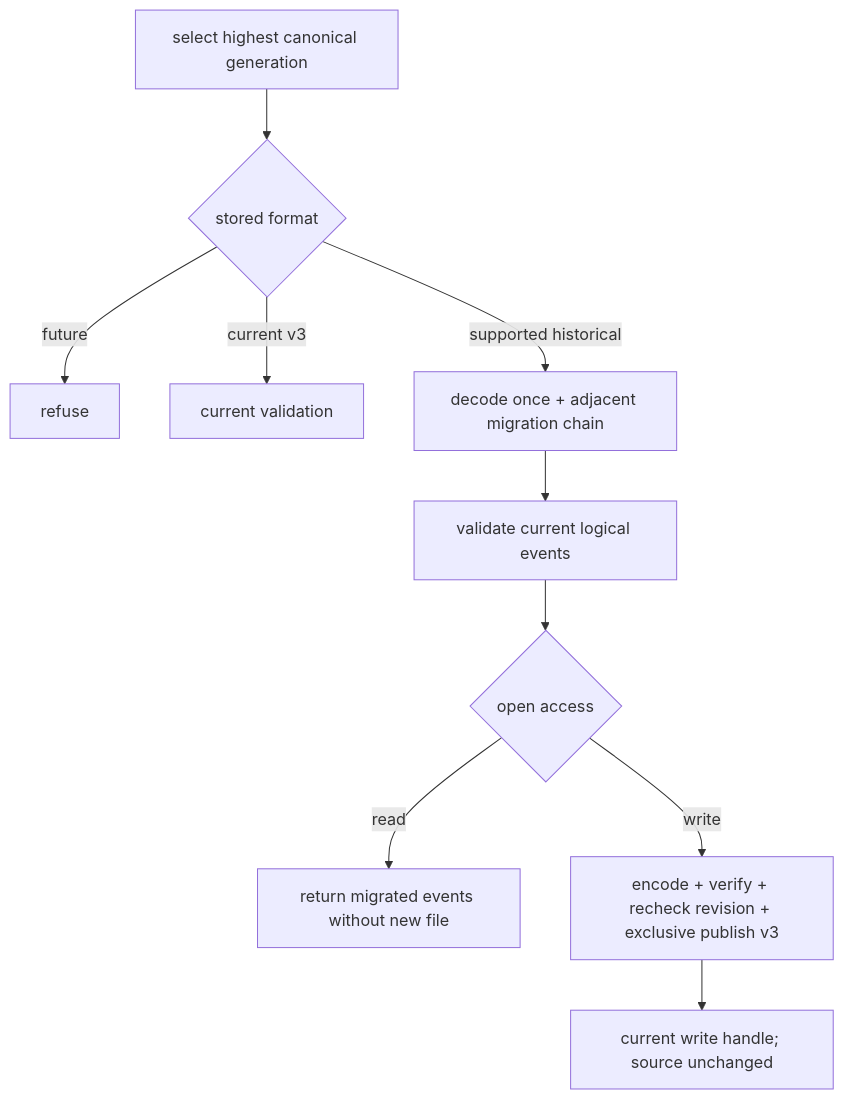
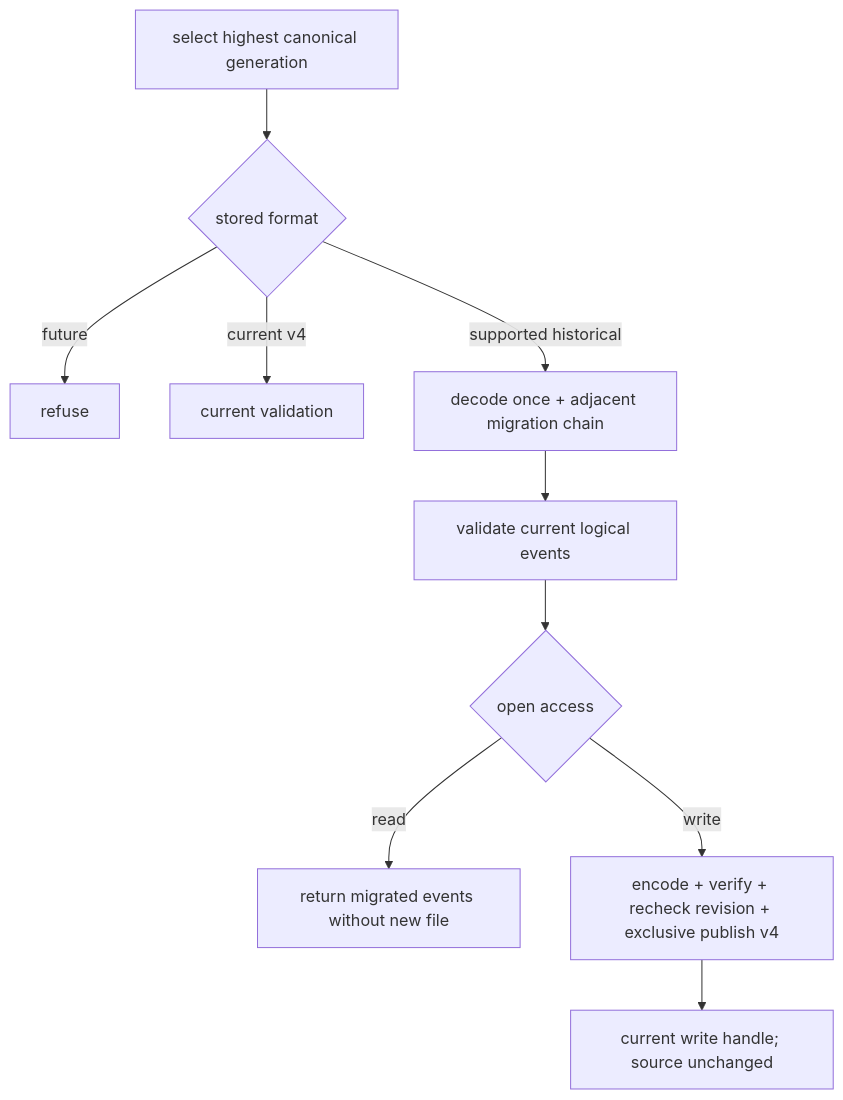
One commit to yang0228/deepseek-harness-analysis changed the second of 2 diagrams in docs/deep-dives/session-event-log.md. Above: the diagram before and after it, drawn with Mermaid. The commit also changed other lines of this file and 42 other files, not shown here.

````diff
--- a/docs/deep-dives/session-event-log.md
+++ b/docs/deep-dives/session-event-log.md
@@ -88,12 +94,12 @@
 ```mermaid
 flowchart TD
   Select["select highest canonical generation"] --> Version{"stored format"}
   Version -->|future| Reject["refuse"]
-  Version -->|current v3| Fast["current validation"]
+  Version -->|current v4| Fast["current validation"]
   Version -->|supported historical| Migrate["decode once + adjacent migration chain"]
   Migrate --> Validate["validate current logical events"]
   Validate --> Access{"open access"}
   Access -->|read| Memory["return migrated events without new file"]
-  Access -->|write| Publish["encode + verify + recheck revision + exclusive publish v3"]
+  Access -->|write| Publish["encode + verify + recheck revision + exclusive publish v4"]
   Publish --> Handle["current write handle; source unchanged"]
 ```
````
